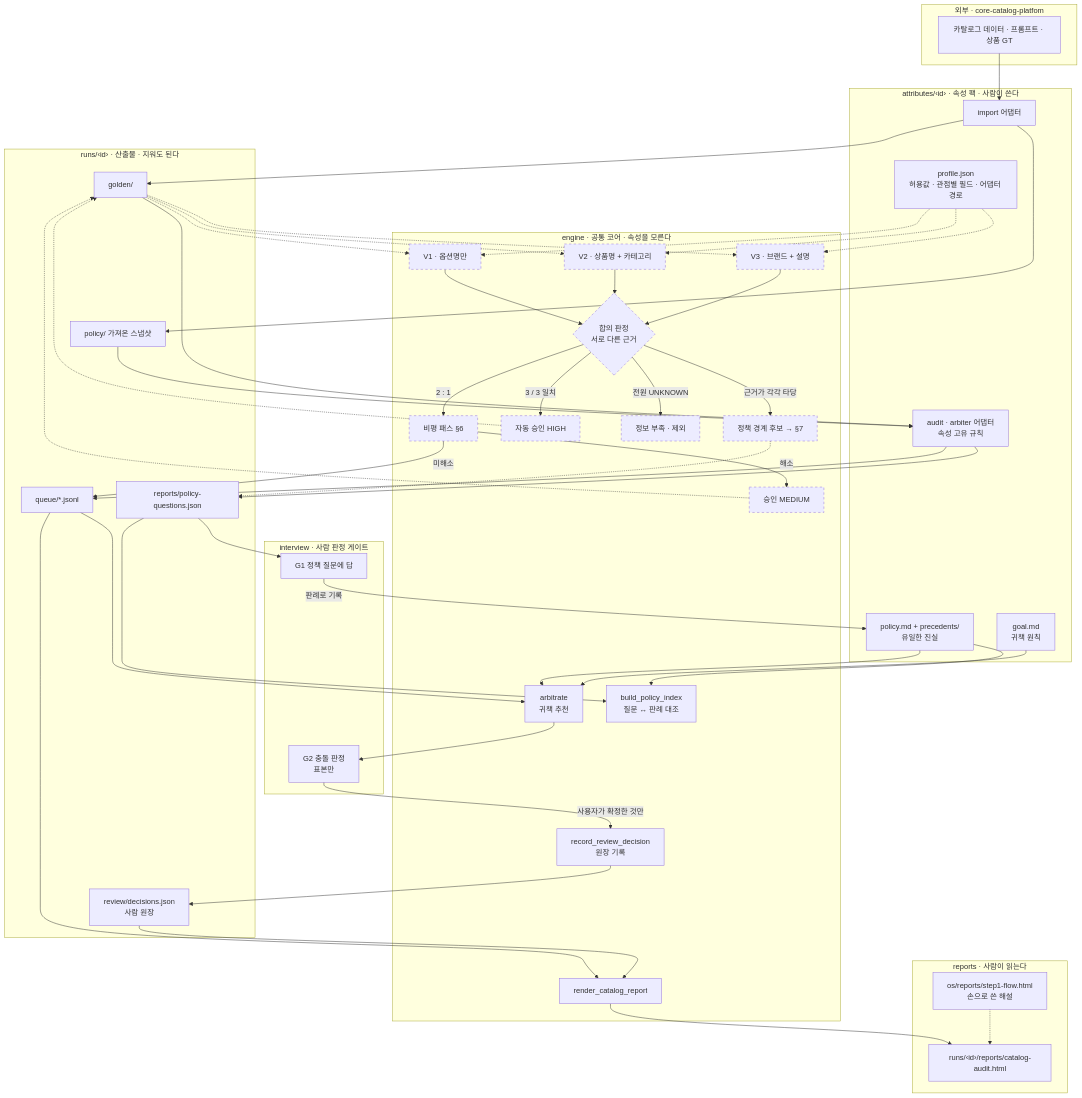
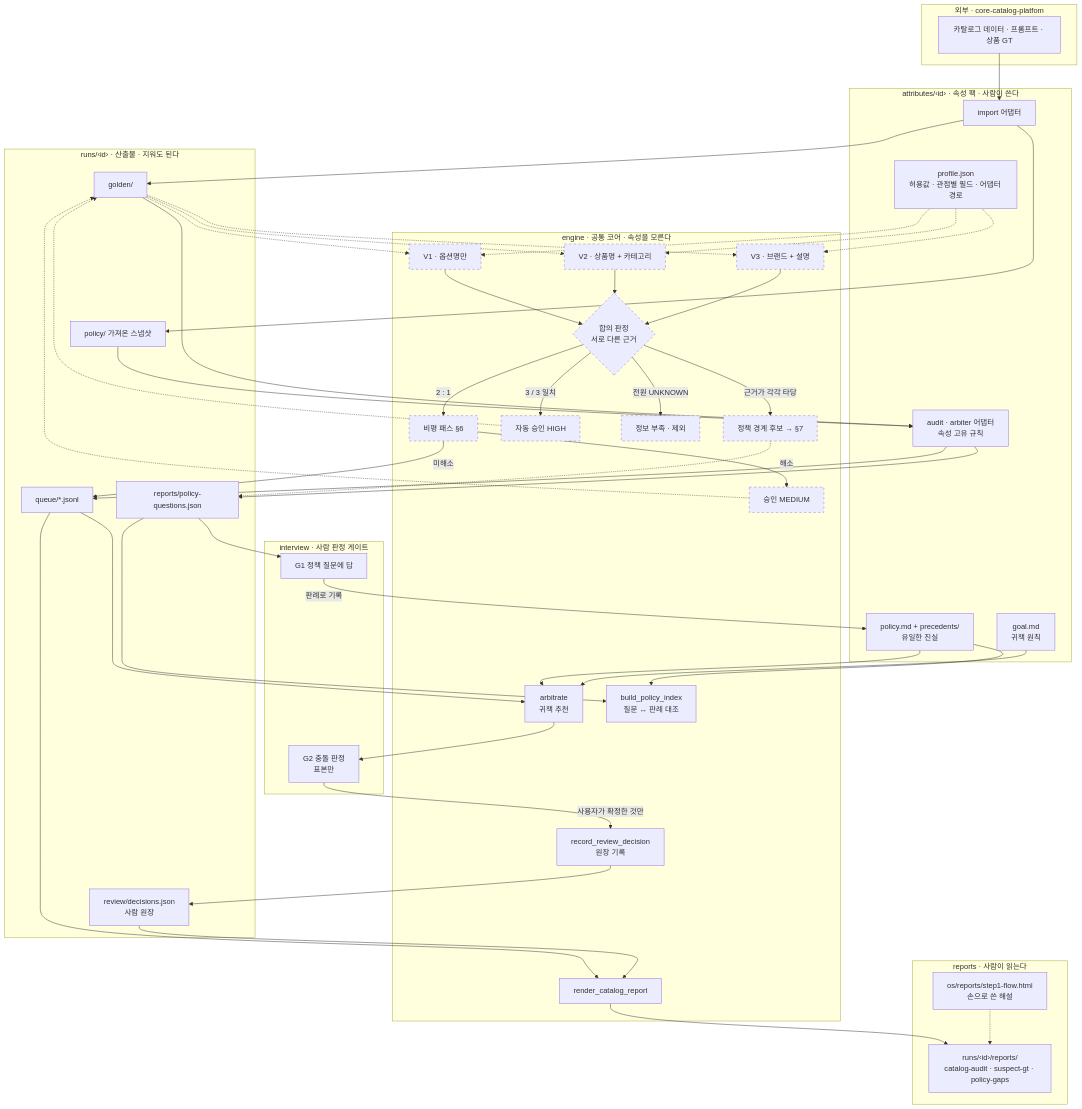
The second of 8 diagrams in .claude/os/DESIGN.md (mj950425/my-claude-code-os), drawn with Mermaid before and after one commit. The commit also changed other lines of this file and 16 other files, not shown here.

```diff
--- a/.claude/os/DESIGN.md
+++ b/.claude/os/DESIGN.md
@@ -162,7 +162,7 @@
     end
 
     subgraph REP["reports · 사람이 읽는다"]
-        HTML["runs/‹id›/reports/catalog-audit.html"]
+        HTML["runs/‹id›/reports/<br/>catalog-audit · suspect-gt · policy-gaps"]
         FLOW["os/reports/step1-flow.html<br/>손으로 쓴 해설"]
     end
 
```
